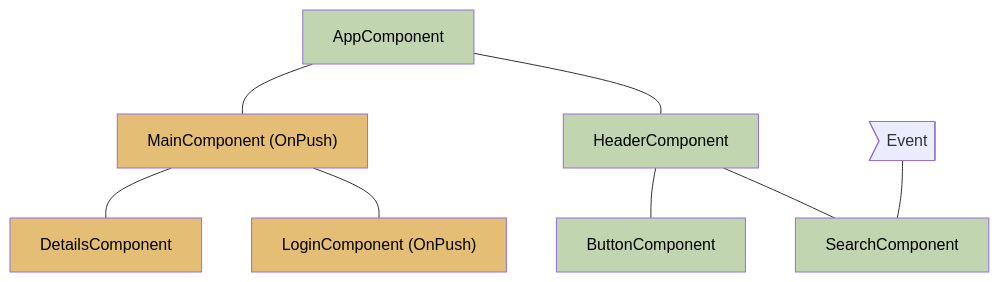
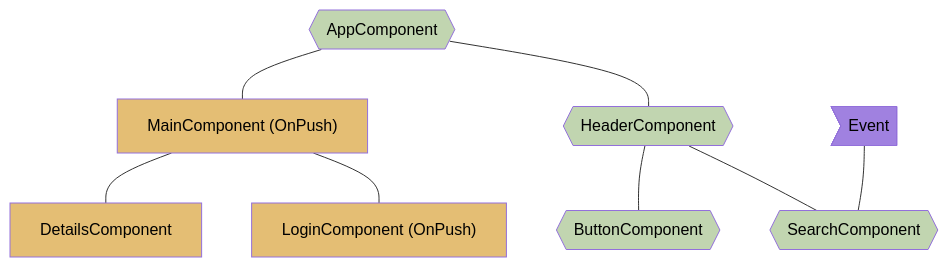
The first of 4 diagrams in adev/src/content/best-practices/runtime-performance/skipping-subtrees.md (angular/angular), drawn with Mermaid before and after one commit. The commit also changed other lines of this file, not shown here.

First line of the commit message:
docs(docs-infra): change format diagrams&colors

````diff
--- a/adev/src/content/best-practices/runtime-performance/skipping-subtrees.md
+++ b/adev/src/content/best-practices/runtime-performance/skipping-subtrees.md
@@ -36,19 +36,20 @@
 ```mermaid
 graph TD;
-    app[AppComponent] --- header[HeaderComponent];
+    app{{AppComponent}} --- header{{HeaderComponent}};
     app --- main["MainComponent (OnPush)"];
-    header --- search[SearchComponent];
-    header --- button[ButtonComponent];
+    header --- search{{SearchComponent}};
+    header --- button{{ButtonComponent}};
     main --- login["LoginComponent (OnPush)"];
     main --- details[DetailsComponent];
     event>Event] --- search
 
 style main fill:#E4BE74,color:#000
 style login fill:#E4BE74,color:#000
 style details fill:#E4BE74,color:#000
 
 style app fill:#C1D5B0,color:#000
+style event fill:#A081E0, color:#000
 style header fill:#C1D5B0,color:#000
 style button fill:#C1D5B0,color:#000
 style search fill:#C1D5B0,color:#000
 ```
````
